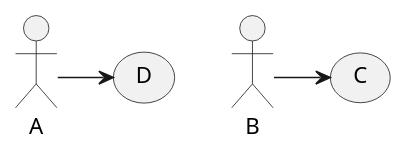
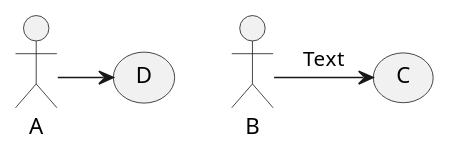
The second of 16 diagrams in PlantUML - Use case diagram.md (peponi-paradise/PlantUML), drawn with PlantUML before and after one commit. The commit also changed other lines of this file and 1 other file, not shown here.

First line of the commit message:
Use case diagram 업로드

````diff
--- a/PlantUML - Use case diagram.md
+++ b/PlantUML - Use case diagram.md
@@ -77,14 +77,14 @@
 ```plantuml
 @startuml
 
 actor A
 :B:
 
 usecase C
 (D)
 
 A -> D
-B -> C
+B -> C : Text
 
 @enduml
 ```
````
